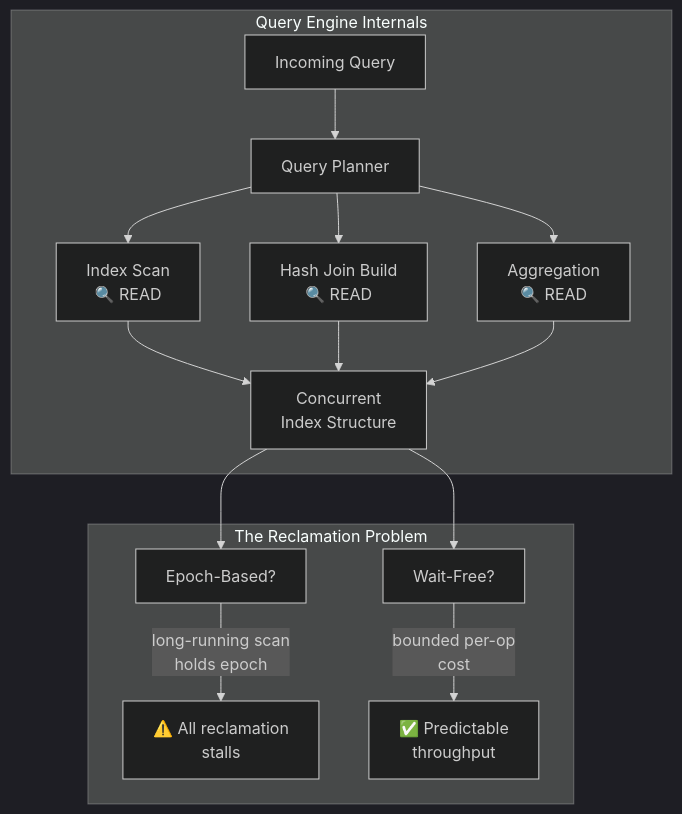
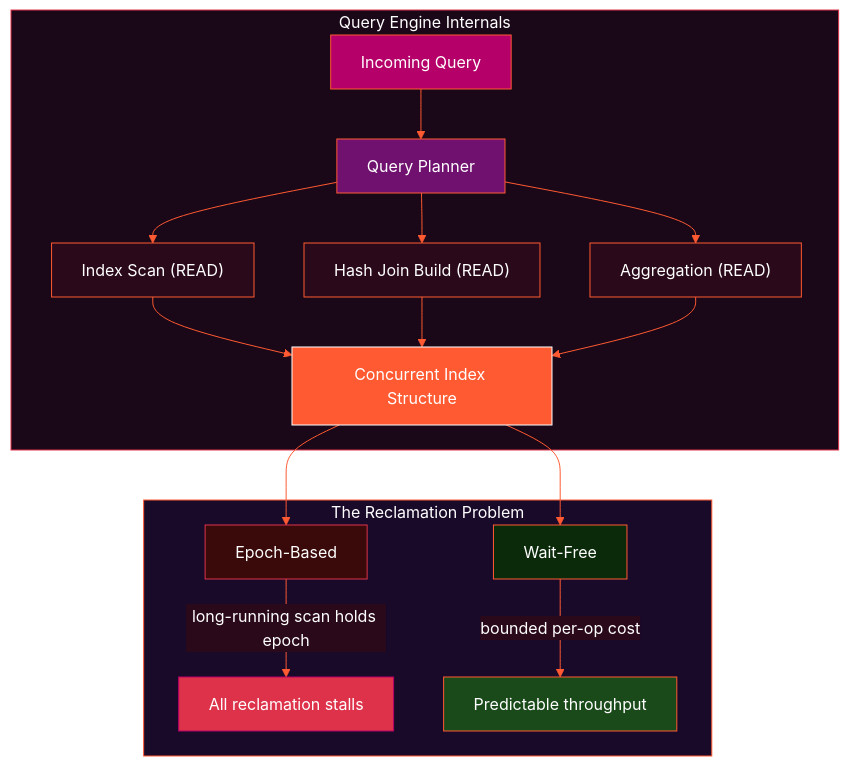
One commit to vertexclique/vertexclique.github.io changed the sixth of 6 diagrams in src/content/posts/kovan-from-prod-to-mr.mdx. Above: the diagram before and after it, drawn with Mermaid. The commit also changed other lines of this file, not shown here.

````diff
--- a/src/content/posts/kovan-from-prod-to-mr.mdx
+++ b/src/content/posts/kovan-from-prod-to-mr.mdx
@@ -197,20 +248,33 @@
 ```mermaid
-%%{init: {'theme':'dark'}}%%
+%%{init: {'theme': 'base', 'themeVariables': {'primaryColor': '#2a0a1a', 'primaryTextColor': '#ffffff', 'primaryBorderColor': '#FF5A32', 'lineColor': '#FF5A32', 'secondaryColor': '#1a0a2a', 'tertiaryColor': '#701170', 'background': '#121212', 'mainBkg': '#1e0f1e', 'nodeBorder': '#FF5A32', 'clusterBkg': '#1a0818', 'clusterBorder': '#DD324A', 'titleColor': '#FF5A32', 'edgeLabelBackground': '#2a0a1a'}}}%%
 graph TD
-    subgraph "Query Engine Internals"
+    subgraph QEI["Query Engine Internals"]
         QUERY["Incoming Query"] --> PLAN["Query Planner"]
-        PLAN --> SCAN["Index Scan<br/>🔍 READ"]
-        PLAN --> HASH["Hash Join Build<br/>🔍 READ"]
-        PLAN --> AGG["Aggregation<br/>🔍 READ"]
-        SCAN --> CONC["Concurrent<br/>Index Structure"]
+        PLAN --> SCAN["Index Scan (READ)"]
+        PLAN --> HASH["Hash Join Build (READ)"]
+        PLAN --> AGG["Aggregation (READ)"]
+        SCAN --> CONC["Concurrent Index Structure"]
         HASH --> CONC
         AGG --> CONC
     end
 
-    subgraph "The Reclamation Problem"
-        CONC --> EP["Epoch-Based?"]
-        CONC --> WF["Wait-Free?"]
-        EP --> |"long-running scan<br/>holds epoch"| STALL["⚠️ All reclamation<br/>stalls"]
-        WF --> |"bounded per-op<br/>cost"| OK["✅ Predictable<br/>throughput"]
+    subgraph REC["The Reclamation Problem"]
+        CONC --> EP["Epoch-Based"]
+        CONC --> WF["Wait-Free"]
+        EP --> |"long-running scan holds epoch"| STALL["All reclamation stalls"]
+        WF --> |"bounded per-op cost"| OK["Predictable throughput"]
     end
+
+    style QEI fill:#1a0818,stroke:#DD324A,color:#ffffff
+    style REC fill:#1a0a2a,stroke:#FF5A32,color:#ffffff
+    style QUERY fill:#B40068,stroke:#FF5A32,color:#ffffff
+    style PLAN fill:#701170,stroke:#FF5A32,color:#ffffff
+    style SCAN fill:#2a0a1a,stroke:#FF5A32,color:#ffffff
+    style HASH fill:#2a0a1a,stroke:#FF5A32,color:#ffffff
+    style AGG fill:#2a0a1a,stroke:#FF5A32,color:#ffffff
+    style CONC fill:#FF5A32,stroke:#ffffff,color:#ffffff
+    style EP fill:#3a0a0a,stroke:#DD324A,color:#ffffff
+    style WF fill:#0a2a0a,stroke:#FF5A32,color:#ffffff
+    style STALL fill:#DD324A,stroke:#B40068,color:#ffffff
+    style OK fill:#1a4a1a,stroke:#FF5A32,color:#ffffff
 ```
````
